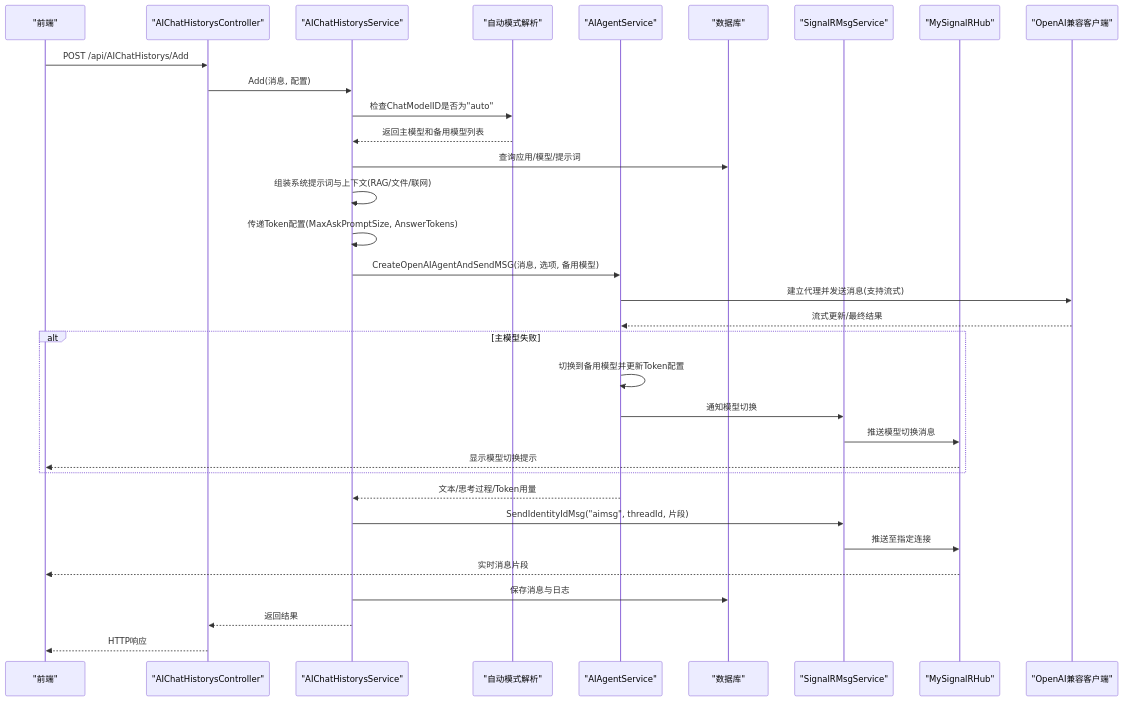
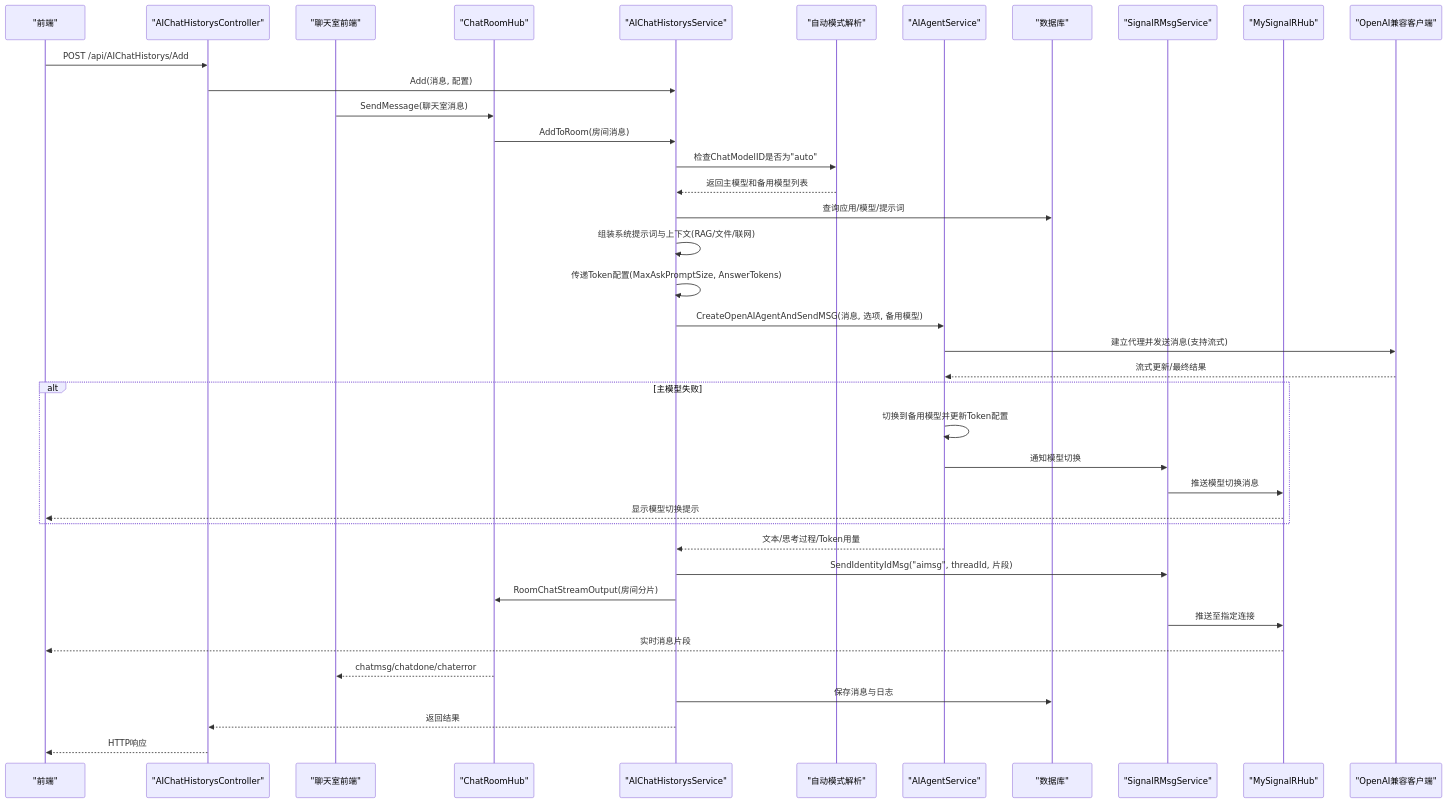
One commit to junkai-li/NetCoreKevin changed the second of 8 diagrams in .qoder/repowiki/zh/content/核心模块/AI智能助手/聊天对话.md. Above: the diagram before and after it, drawn with Mermaid. The commit also changed other lines of this file and 54 other files, not shown here.

````diff
--- a/.qoder/repowiki/zh/content/核心模块/AI智能助手/聊天对话.md
+++ b/.qoder/repowiki/zh/content/核心模块/AI智能助手/聊天对话.md
@@ -94,35 +106,41 @@
 ```mermaid
 sequenceDiagram
 participant FE as "前端"
 participant Ctrl as "AIChatHistorysController"
+participant CRFE as "聊天室前端"
+participant CH as "ChatRoomHub"
 participant Svc as "AIChatHistorysService"
 participant Auto as "自动模式解析"
 participant Agent as "AIAgentService"
 participant DB as "数据库"
 participant SR as "SignalRMsgService"
 participant Hub as "MySignalRHub"
 participant OA as "OpenAI兼容客户端"
 FE->>Ctrl : POST /api/AIChatHistorys/Add
 Ctrl->>Svc : Add(消息, 配置)
+CRFE->>CH : SendMessage(聊天室消息)
+CH->>Svc : AddToRoom(房间消息)
 Svc->>Auto : 检查ChatModelID是否为"auto"
 Auto-->>Svc : 返回主模型和备用模型列表
 Svc->>DB : 查询应用/模型/提示词
 Svc->>Svc : 组装系统提示词与上下文(RAG/文件/联网)
 Svc->>Svc : 传递Token配置(MaxAskPromptSize, AnswerTokens)
 Svc->>Agent : CreateOpenAIAgentAndSendMSG(消息, 选项, 备用模型)
 Agent->>OA : 建立代理并发送消息(支持流式)
 OA-->>Agent : 流式更新/最终结果
 alt 主模型失败
 Agent->>Agent : 切换到备用模型并更新Token配置
 Agent->>SR : 通知模型切换
 SR->>Hub : 推送模型切换消息
 Hub-->>FE : 显示模型切换提示
 end
 Agent-->>Svc : 文本/思考过程/Token用量
 Svc->>SR : SendIdentityIdMsg("aimsg", threadId, 片段)
+Svc->>CH : RoomChatStreamOutput(房间分片)
 SR->>Hub : 推送至指定连接
 Hub-->>FE : 实时消息片段
+CH-->>CRFE : chatmsg/chatdone/chaterror
 Svc->>DB : 保存消息与日志
 Svc-->>Ctrl : 返回结果
 Ctrl-->>FE : HTTP响应
 ```
````
